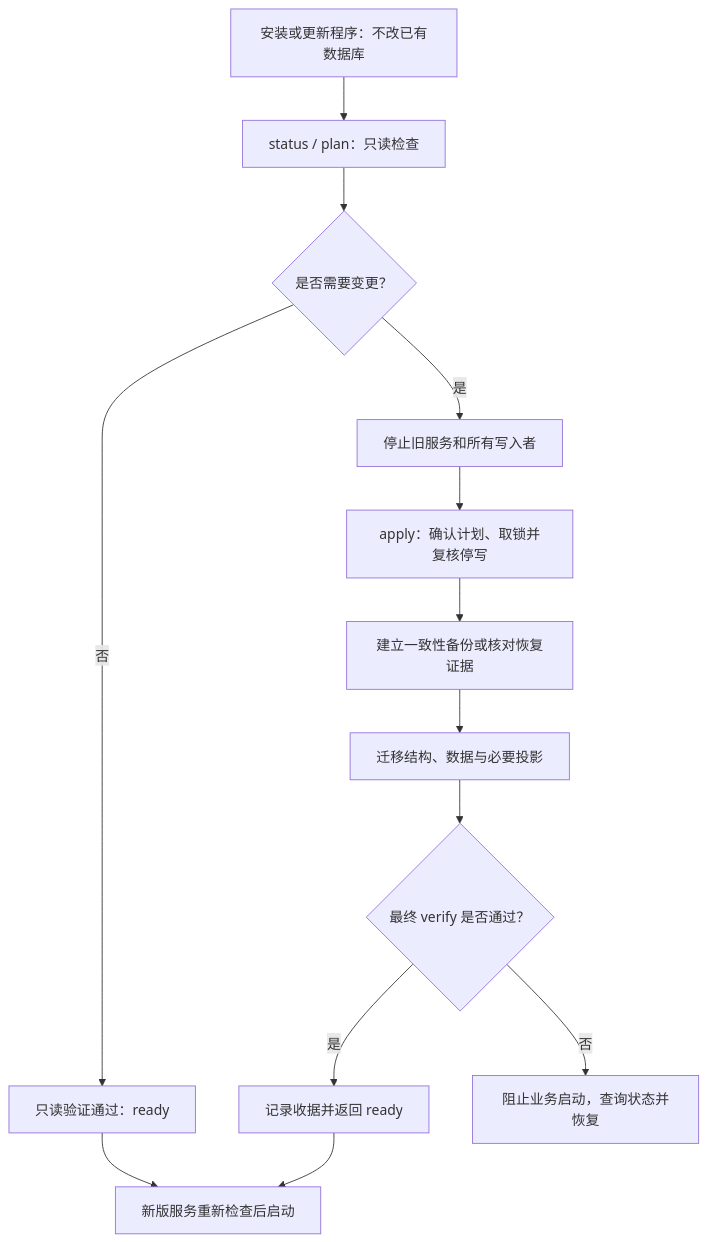
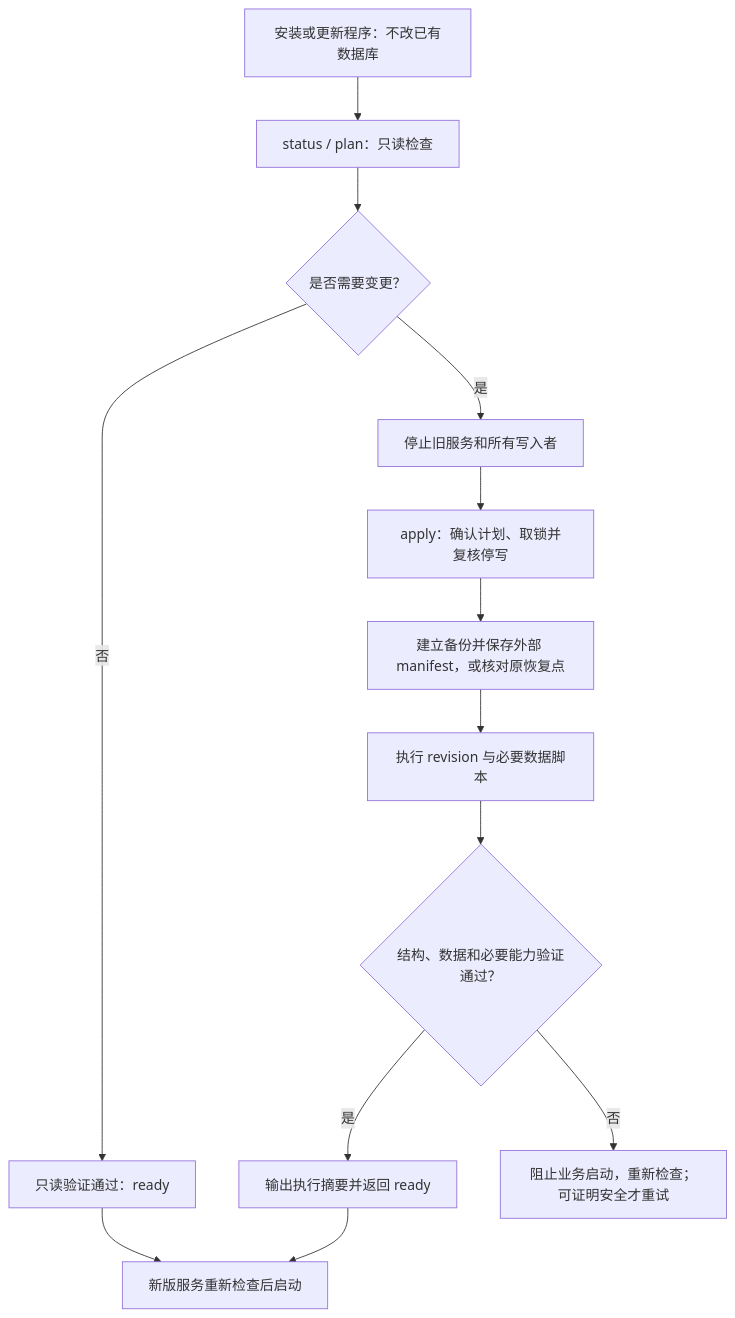
One commit to oceanbase/powercontext changed the first of 2 diagrams in docs/zh/rfcs/1771-unified-database-migrations.md. Above: the diagram before and after it, drawn with Mermaid. The commit also changed other lines of this file and 1 other file, not shown here.

````diff
--- a/docs/zh/rfcs/1771-unified-database-migrations.md
+++ b/docs/zh/rfcs/1771-unified-database-migrations.md
@@ -99,15 +110,15 @@
 ```mermaid
 flowchart TD
     A["安装或更新程序：不改已有数据库"] --> B["status / plan：只读检查"]
     B --> C{"是否需要变更？"}
     C -->|否| D["只读验证通过：ready"]
     C -->|是| E["停止旧服务和所有写入者"]
     E --> F["apply：确认计划、取锁并复核停写"]
-    F --> G["建立一致性备份或核对恢复证据"]
-    G --> H["迁移结构、数据与必要投影"]
-    H --> I{"最终 verify 是否通过？"}
-    I -->|是| J["记录收据并返回 ready"]
-    I -->|否| K["阻止业务启动，查询状态并恢复"]
+    F --> G["建立备份并保存外部 manifest，或核对原恢复点"]
+    G --> H["执行 revision 与必要数据脚本"]
+    H --> I{"结构、数据和必要能力验证通过？"}
+    I -->|是| J["输出执行摘要并返回 ready"]
+    I -->|否| K["阻止业务启动，重新检查；可证明安全才重试"]
     J --> L["新版服务重新检查后启动"]
     D --> L
 ```
````
